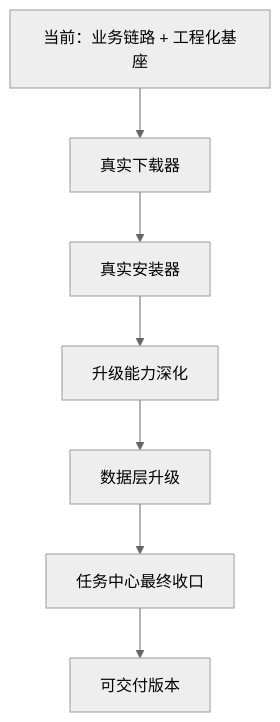
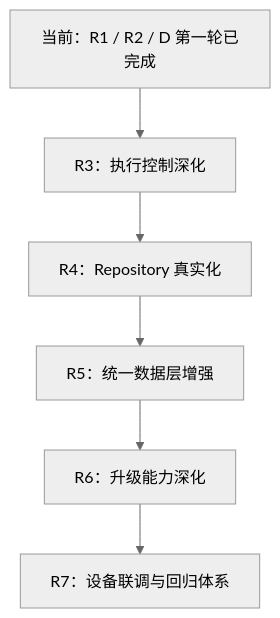
Before and after one commit to XZQ/CarAppStore: the diagram in docs/17-真实能力演进路线图.md, drawn with Mermaid (neutral theme). The commit also changed other lines of this file and 35 other files, not shown here.

Commit message:
Docs: reorganize architecture docs and handoff guide

````diff
--- a/docs/17-真实能力演进路线图.md
+++ b/docs/17-真实能力演进路线图.md
@@ -54,10 +48,8 @@
 ```mermaid
 flowchart TD
-
-A[当前：业务链路 + 工程化基座] --> B[真实下载器]
-B --> C[真实安装器]
-C --> D[升级能力深化]
-D --> E[数据层升级]
-E --> F[任务中心最终收口]
-F --> G[可交付版本]
+    A[当前：R1 / R2 / D 第一轮已完成] --> B[R3：执行控制深化]
+    B --> C[R4：Repository 真实化]
+    C --> D[R5：统一数据层增强]
+    D --> E[R6：升级能力深化]
+    E --> F[R7：设备联调与回归体系]
 ```
````
